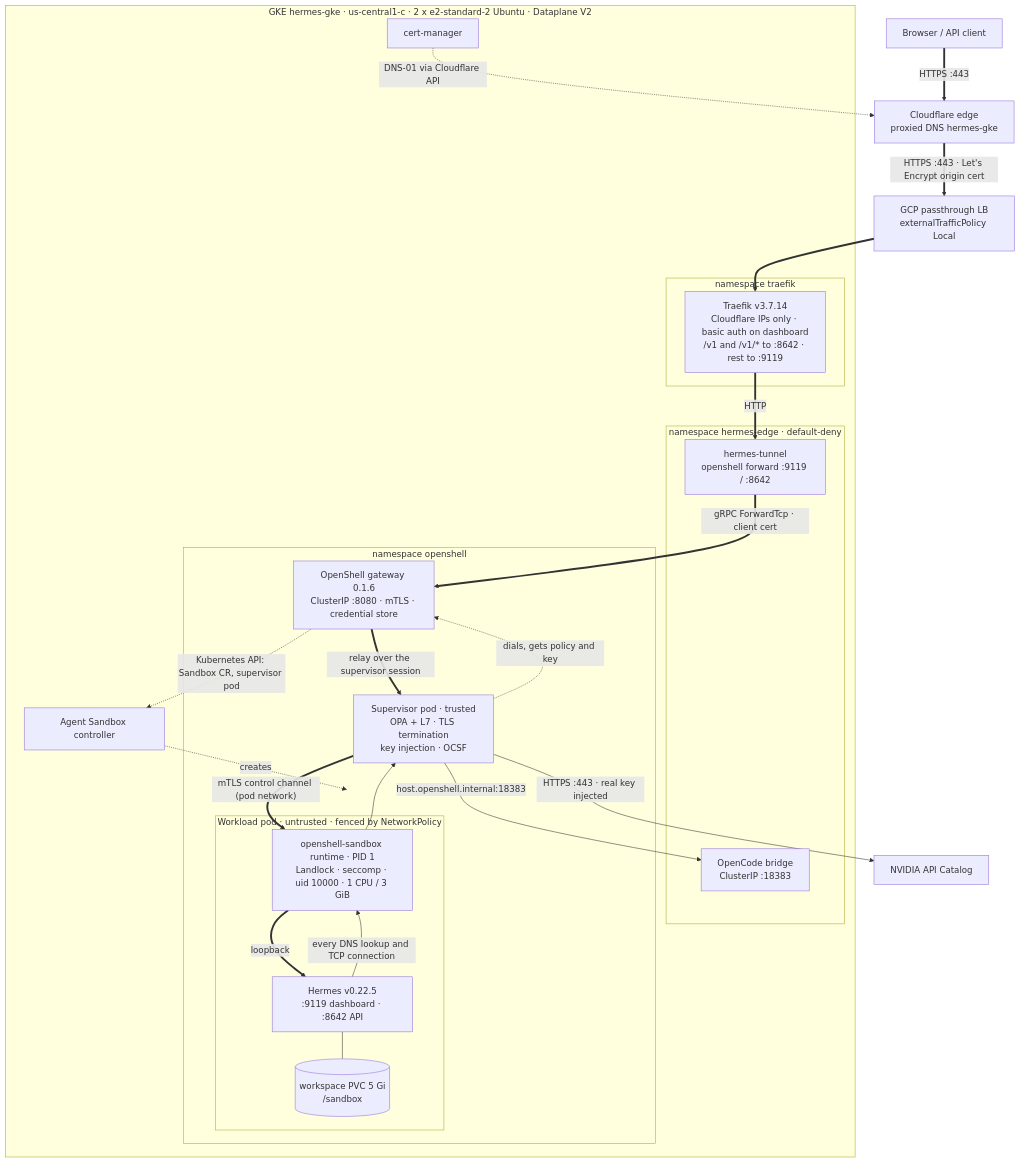
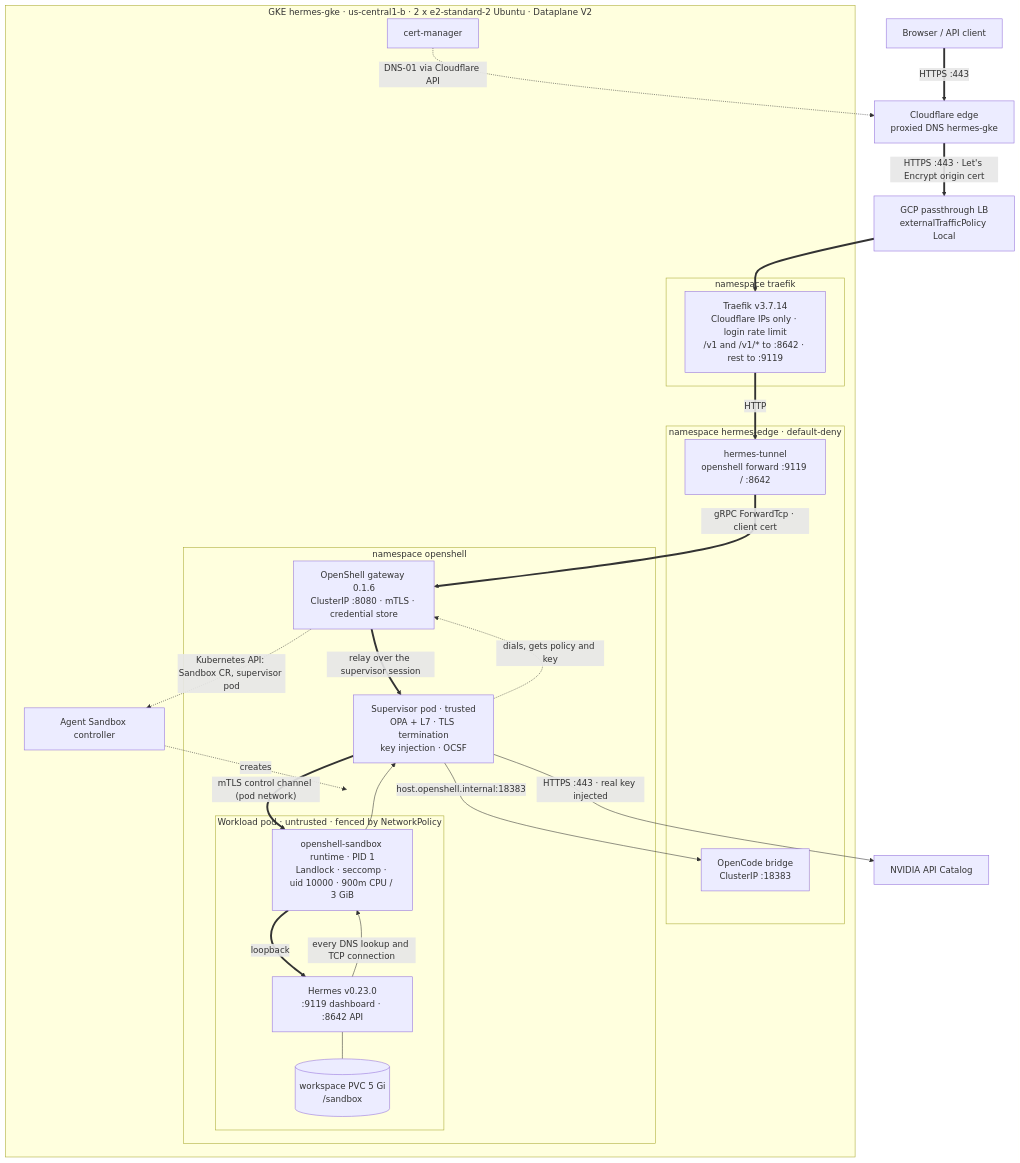
The first of 2 diagrams in sandbox/k8s/README.md (ch-muhammad-asim/OpenDevOps), drawn with Mermaid before and after one commit. The commit also changed other lines of this file and 9 other files, not shown here.

Commit message:
Run the GKE dashboard on Hermes Agent v0.23.0 with herdr behind an exact-argv allowlist, Hermes-only login, fail-closed sandbox rolls, and threat model, operations and pinned versions in the docs

````diff
--- a/sandbox/k8s/README.md
+++ b/sandbox/k8s/README.md
@@ -55,44 +56,44 @@
 ```mermaid
 flowchart TB
   U["Browser / API client"] ==>|"HTTPS :443"| CF["Cloudflare edge<br/>proxied DNS hermes-gke"]
   CF ==>|"HTTPS :443 · Let's Encrypt origin cert"| LB["GCP passthrough LB<br/>externalTrafficPolicy Local"]
 
-  subgraph GKE["GKE hermes-gke · us-central1-c · 2 x e2-standard-2 Ubuntu · Dataplane V2"]
+  subgraph GKE["GKE hermes-gke · us-central1-b · 2 x e2-standard-2 Ubuntu · Dataplane V2"]
     subgraph NT["namespace traefik"]
-      TR["Traefik v3.7.14<br/>Cloudflare IPs only · basic auth on dashboard<br/>/v1 and /v1/* to :8642 · rest to :9119"]
+      TR["Traefik v3.7.14<br/>Cloudflare IPs only · login rate limit<br/>/v1 and /v1/* to :8642 · rest to :9119"]
     end
     subgraph NE["namespace hermes-edge · default-deny"]
       TU["hermes-tunnel<br/>openshell forward :9119 / :8642"]
       BR["OpenCode bridge<br/>ClusterIP :18383"]
     end
     subgraph NO["namespace openshell"]
       GW["OpenShell gateway 0.1.6<br/>ClusterIP :8080 · mTLS · credential store"]
       SUP["Supervisor pod · trusted<br/>OPA + L7 · TLS termination<br/>key injection · OCSF"]
       subgraph WL["Workload pod · untrusted · fenced by NetworkPolicy"]
-        RT["openshell-sandbox runtime · PID 1<br/>Landlock · seccomp · uid 10000 · 1 CPU / 3 GiB"]
-        H["Hermes v0.22.5<br/>:9119 dashboard · :8642 API"]
+        RT["openshell-sandbox runtime · PID 1<br/>Landlock · seccomp · uid 10000 · 900m CPU / 3 GiB"]
+        H["Hermes v0.23.0<br/>:9119 dashboard · :8642 API"]
         PVC[("workspace PVC 5 Gi<br/>/sandbox")]
       end
     end
     CM["cert-manager"]
     ASC["Agent Sandbox controller"]
   end
 
   LB ==> TR
   TR ==>|"HTTP"| TU
   TU ==>|"gRPC ForwardTcp · client cert"| GW
   GW ==>|"relay over the supervisor session"| SUP
   SUP ==>|"mTLS control channel (pod network)"| RT
   RT ==>|"loopback"| H
   H --- PVC
 
   SUP -.->|"dials, gets policy and key"| GW
   GW -.->|"Kubernetes API: Sandbox CR, supervisor pod"| ASC
   ASC -.->|"creates"| WL
   CM -.->|"DNS-01 via Cloudflare API"| CF
 
   H -->|"every DNS lookup and TCP connection"| RT
   RT --> SUP
   SUP -->|"HTTPS :443 · real key injected"| NV["NVIDIA API Catalog"]
   SUP -->|"host.openshell.internal:18383"| BR
 ```
````
